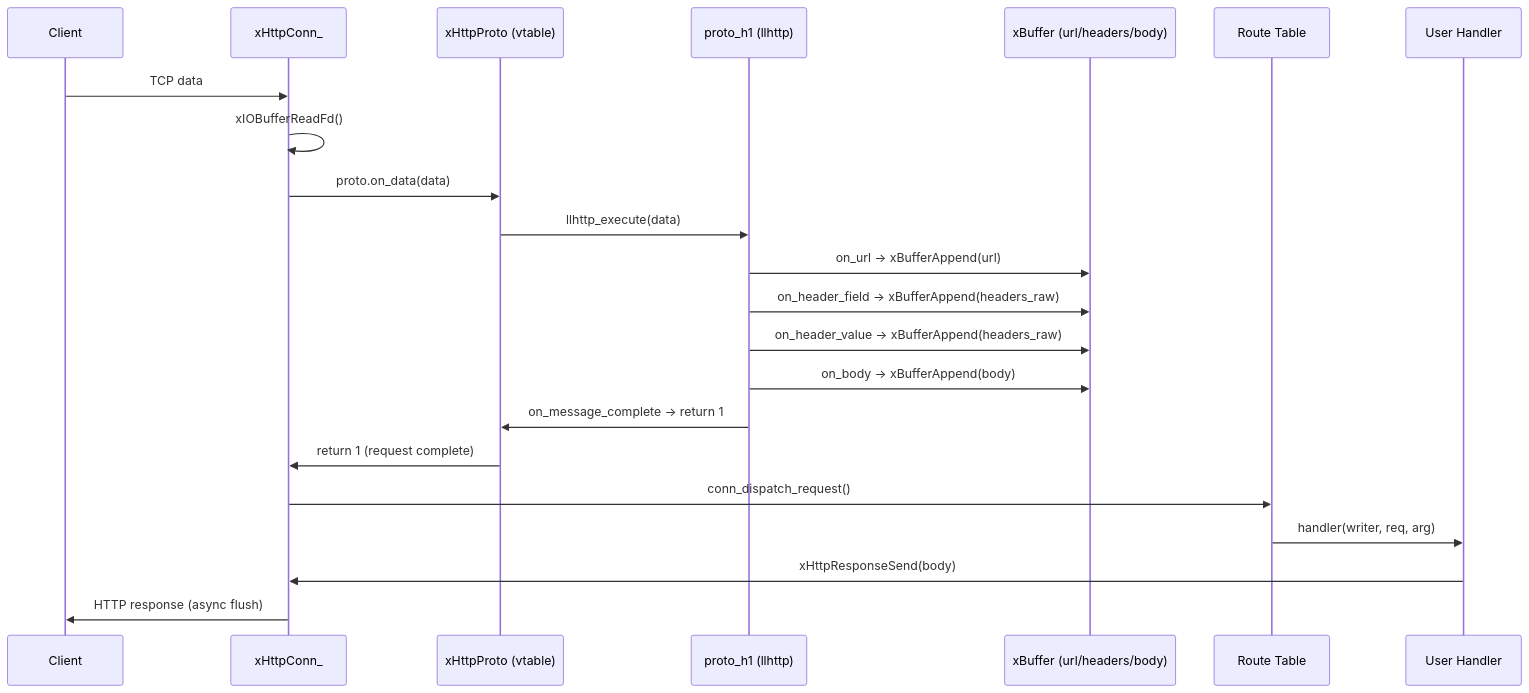
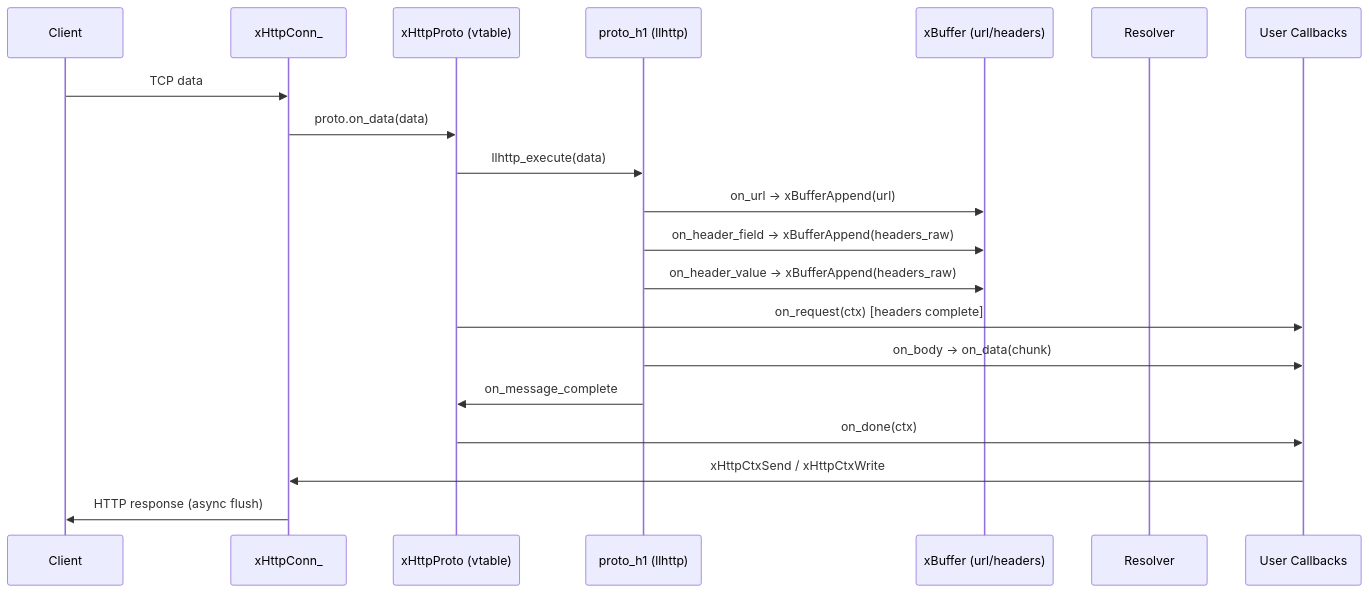
Before and after one commit to mivinci/x: the third of 3 diagrams in docs/libx/http/server.md, drawn with Mermaid. The commit also changed other lines of this file and 6 other files, not shown here.

First line of the commit message:
Rewrite all HTTP module docs for unified xHttpCtx API

````diff
--- a/docs/libx/http/server.md
+++ b/docs/libx/http/server.md
@@ -544,25 +533,23 @@
 ```mermaid
 sequenceDiagram
     participant Client
     participant Conn as xHttpConn_
     participant Proto as xHttpProto (vtable)
     participant Parser as proto_h1 (llhttp)
-    participant Bufs as xBuffer (url/headers/body)
-    participant Router as Route Table
-    participant Handler as User Handler
+    participant Bufs as xBuffer (url/headers)
+    participant Router as Resolver
+    participant Handler as User Callbacks
 
     Client->>Conn: TCP data
-    Conn->>Conn: xIOBufferReadFd()
     Conn->>Proto: proto.on_data(data)
     Proto->>Parser: llhttp_execute(data)
     Parser->>Bufs: on_url → xBufferAppend(url)
     Parser->>Bufs: on_header_field → xBufferAppend(headers_raw)
     Parser->>Bufs: on_header_value → xBufferAppend(headers_raw)
-    Parser->>Bufs: on_body → xBufferAppend(body)
-    Parser->>Proto: on_message_complete → return 1
-    Proto->>Conn: return 1 (request complete)
-    Conn->>Router: conn_dispatch_request()
-    Router->>Handler: handler(writer, req, arg)
-    Handler->>Conn: xHttpResponseSend(body)
+    Proto->>Handler: on_request(ctx) [headers complete]
+    Parser->>Handler: on_body → on_data(chunk)
+    Parser->>Proto: on_message_complete
+    Proto->>Handler: on_done(ctx)
+    Handler->>Conn: xHttpCtxSend / xHttpCtxWrite
     Conn->>Client: HTTP response (async flush)
 ```
````
